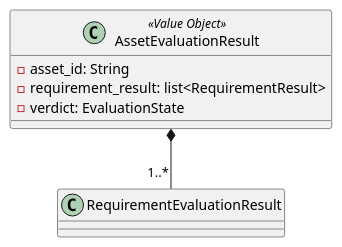
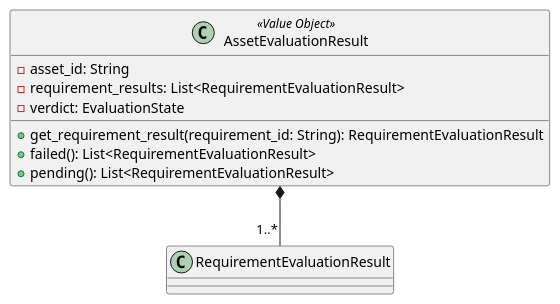
The diagram in src/PB/DocumentazioneEsterna/Specifica_Tecnica/content/uml/puml/Diagrammi_classi/Backend/Domain/AssetEvaluationResult.puml (GroupRubberDuck/Documentazione), drawn with PlantUML before and after one commit. The commit also changed 24 other files, not shown here.

```diff
--- a/src/PB/DocumentazioneEsterna/Specifica_Tecnica/content/uml/puml/Diagrammi_classi/Backend/Domain/AssetEvaluationResult.puml
+++ b/src/PB/DocumentazioneEsterna/Specifica_Tecnica/content/uml/puml/Diagrammi_classi/Backend/Domain/AssetEvaluationResult.puml
@@ -1,11 +1,15 @@
 @startuml AssetEvaluationResult
 
 class AssetEvaluationResult <<Value Object>> {
     - asset_id: String
-    - requirement_result: list<RequirementResult>
+    - requirement_results: List<RequirementEvaluationResult>
     - verdict: EvaluationState
+
+    + get_requirement_result(requirement_id: String): RequirementEvaluationResult
+    + failed(): List<RequirementEvaluationResult>
+    + pending(): List<RequirementEvaluationResult>
 }
 
 AssetEvaluationResult *-- "1..*" RequirementEvaluationResult
 
 @enduml
```
